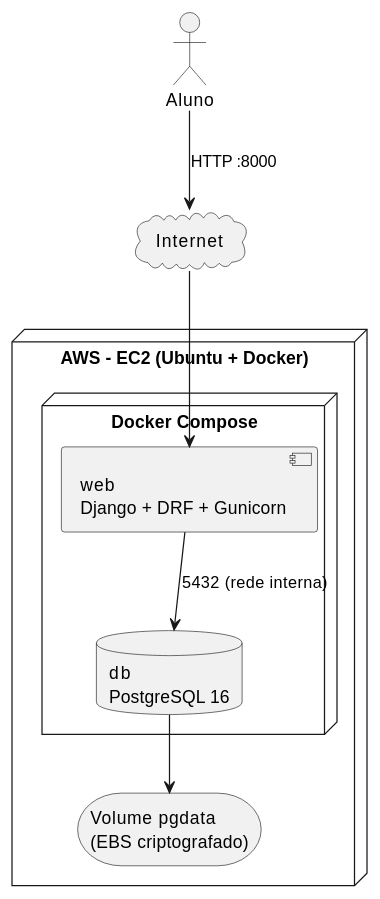
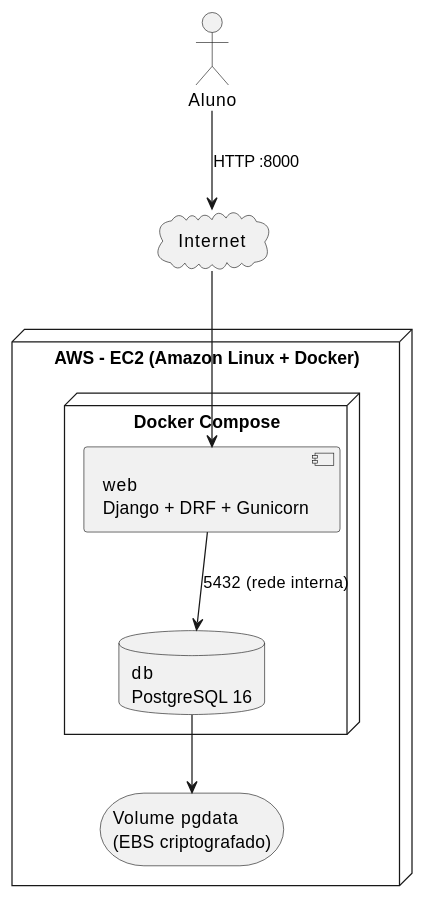
The second of 2 diagrams in docs/Iniciacao/dv.md (Projetos-de-Extensao/PC_ADS_26.2_8001_III), drawn with PlantUML before and after one commit. The commit also changed other lines of this file and 9 other files, not shown here.

````diff
--- a/docs/Iniciacao/dv.md
+++ b/docs/Iniciacao/dv.md
@@ -155,18 +155,18 @@
 ```plantuml
 @startuml
 skinparam shadowing false
 actor "Aluno" as A
 cloud "Internet" as NET
-node "AWS - EC2 (Ubuntu + Docker)" {
+node "AWS - EC2 (Amazon Linux + Docker)" {
   node "Docker Compose" {
     component "web\nDjango + DRF + Gunicorn" as WEB
     database "db\nPostgreSQL 16" as DB
   }
   storage "Volume pgdata\n(EBS criptografado)" as VOL
 }
 A --> NET : HTTP :8000
 NET --> WEB
 WEB --> DB : 5432 (rede interna)
 DB --> VOL
 @enduml
 ```
````
